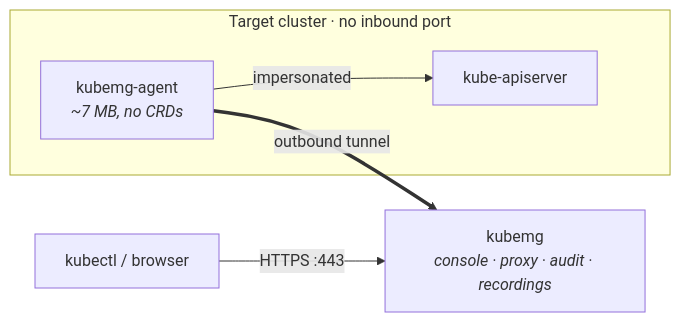
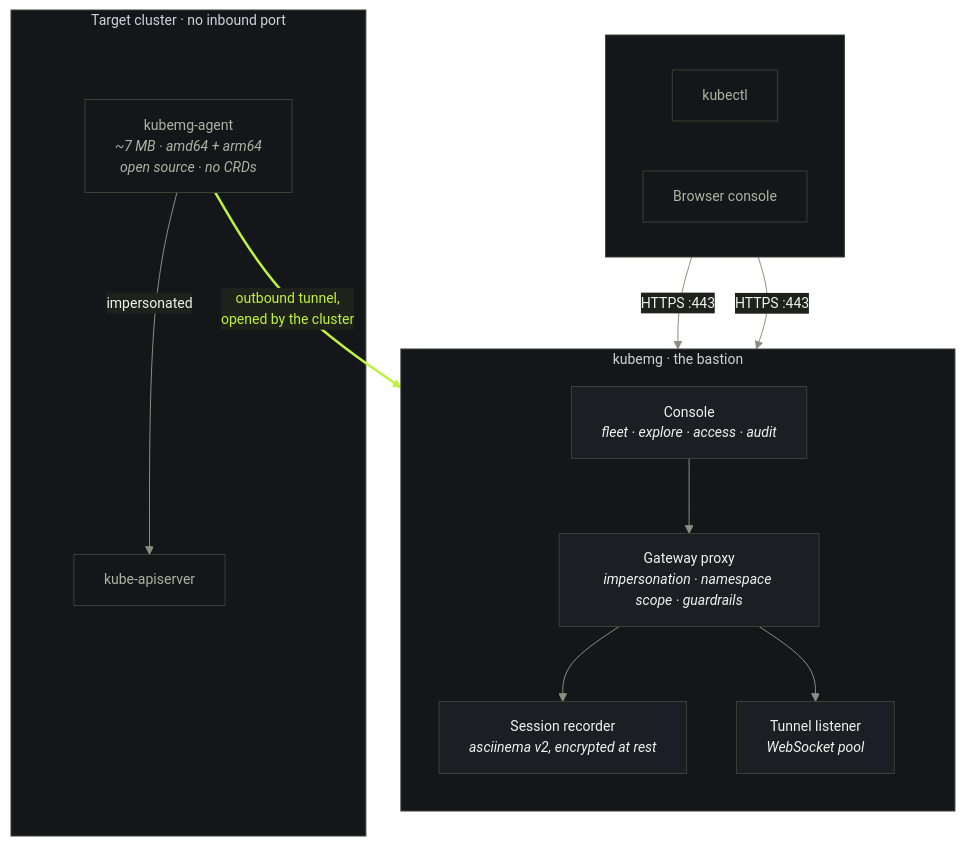
The first of 5 diagrams in README.md (kubemg/kubemg), drawn with Mermaid before and after one commit. The commit also changed other lines of this file and 3 other files, not shown here.

````diff
--- a/README.md
+++ b/README.md
@@ -27,10 +57,42 @@
 ```mermaid
-flowchart LR
-    U["kubectl / browser"] -- "HTTPS :443" --> B["kubemg<br/><i>console · proxy · audit · recordings</i>"]
-    A["kubemg-agent<br/><i>~7 MB, no CRDs</i>"] == "outbound tunnel" ==> B
-    A -- "impersonated" --> K["kube-apiserver"]
+%%{init: {'theme':'base','themeVariables':{
+  'fontFamily':'-apple-system, BlinkMacSystemFont, Segoe UI, Helvetica, Arial, sans-serif','fontSize':'14px',
+  'primaryColor':'#1B1E22','primaryTextColor':'#F2F3EF','primaryBorderColor':'#3A4033',
+  'lineColor':'#8A9080','textColor':'#F2F3EF',
+  'clusterBkg':'#14161A','clusterBorder':'#3A4033'
+}}}%%
+flowchart TB
+    subgraph users[" "]
+        direction LR
+        U1["kubectl"]
+        U2["Browser console"]
+    end
+
+    subgraph bastion["kubemg · the bastion"]
+        direction TB
+        C["Console<br/><i>fleet · explore · access · audit</i>"]
+        P["Gateway proxy<br/><i>impersonation · namespace scope · guardrails</i>"]
+        R["Session recorder<br/><i>asciinema v2, encrypted at rest</i>"]
+        T["Tunnel listener<br/><i>WebSocket pool</i>"]
+    end
+
     subgraph cluster["Target cluster · no inbound port"]
-        A
-        K
+        A["kubemg-agent<br/><i>~7 MB · amd64 + arm64<br/>open source · no CRDs</i>"]
+        K["kube-apiserver"]
     end
+
+    U1 -- "HTTPS :443" --> P
+    U2 -- "HTTPS :443" --> C
+    C --> P
+    P --> R
+    P --> T
+    A == "outbound tunnel,<br/>opened by the cluster" ==> T
+    A -- "impersonated" --> K
+
+    classDef core fill:#1B1E22,stroke:#3A4033,color:#F2F3EF
+    classDef quiet fill:#14161A,stroke:#3A4033,color:#ADB4A2
+    class C,P,R,T core
+    class A,K,U1,U2 quiet
+
+    linkStyle 5 stroke:#BFF23C,stroke-width:2.5px,color:#BFF23C
 ```
````
